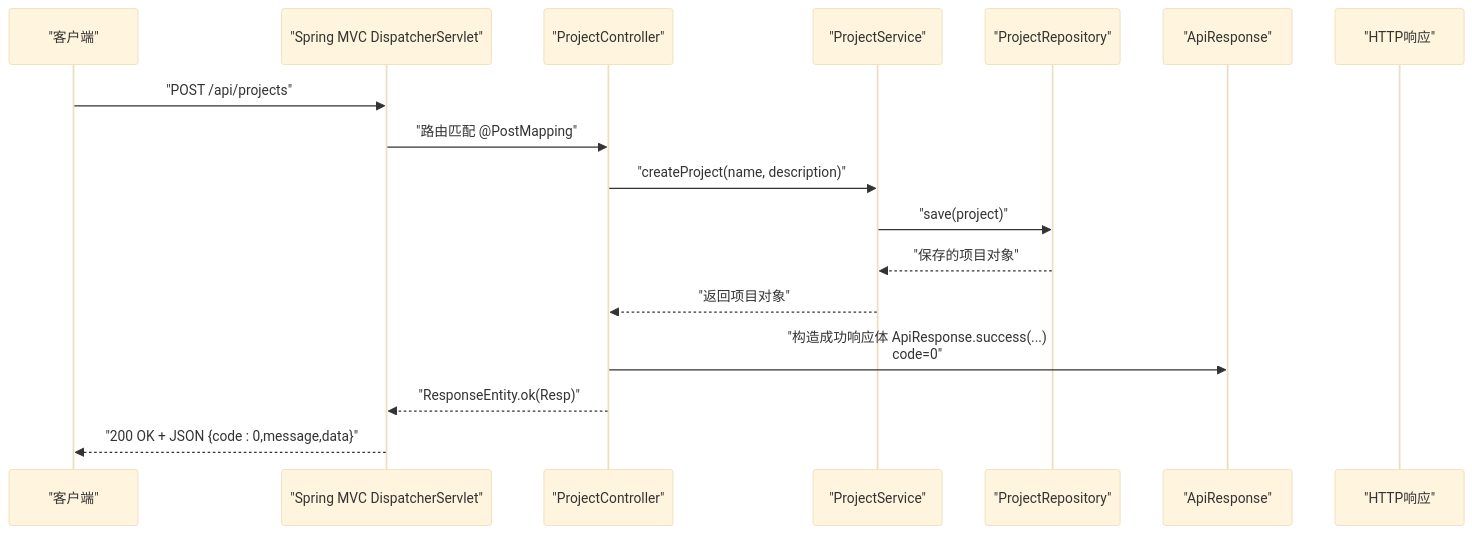
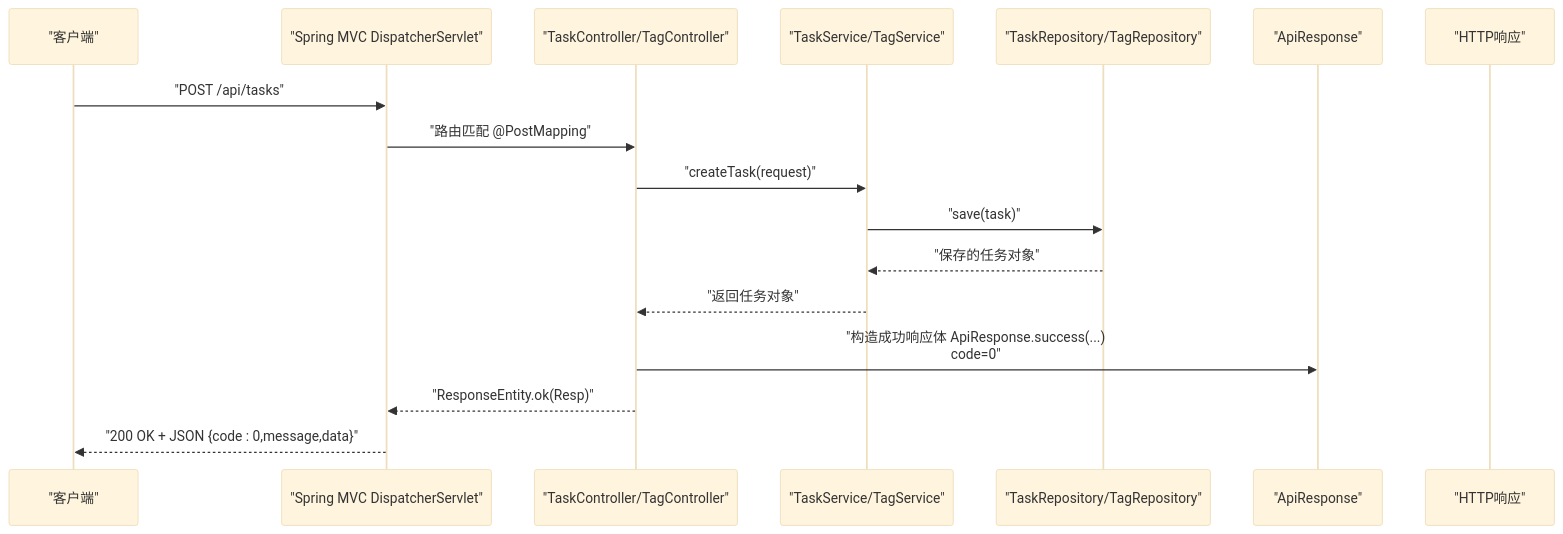
The second of 3 diagrams in .qoder/repowiki/zh/content/后端架构/API控制器层.md (zhou9832/test1-qoder), drawn with Mermaid (base theme) before and after one commit. The commit also changed other lines of this file and 92 other files, not shown here.

````diff
--- a/.qoder/repowiki/zh/content/后端架构/API控制器层.md
+++ b/.qoder/repowiki/zh/content/后端架构/API控制器层.md
@@ -101,19 +157,19 @@
 ```mermaid
 sequenceDiagram
 participant Client as "客户端"
 participant SpringMVC as "Spring MVC DispatcherServlet"
-participant Controller as "ProjectController"
-participant Service as "ProjectService"
-participant Repo as "ProjectRepository"
+participant Controller as "TaskController/TagController"
+participant Service as "TaskService/TagService"
+participant Repo as "TaskRepository/TagRepository"
 participant Resp as "ApiResponse"
 participant HTTP as "HTTP响应"
-Client->>SpringMVC : "POST /api/projects"
+Client->>SpringMVC : "POST /api/tasks"
 SpringMVC->>Controller : "路由匹配 @PostMapping"
-Controller->>Service : "createProject(name, description)"
-Service->>Repo : "save(project)"
-Repo-->>Service : "保存的项目对象"
-Service-->>Controller : "返回项目对象"
+Controller->>Service : "createTask(request)"
+Service->>Repo : "save(task)"
+Repo-->>Service : "保存的任务对象"
+Service-->>Controller : "返回任务对象"
 Controller->>Resp : "构造成功响应体 ApiResponse.success(...)<br/>code=0"
 Controller-->>SpringMVC : "ResponseEntity.ok(Resp)"
 SpringMVC-->>Client : "200 OK + JSON {code : 0,message,data}"
 ```
````
